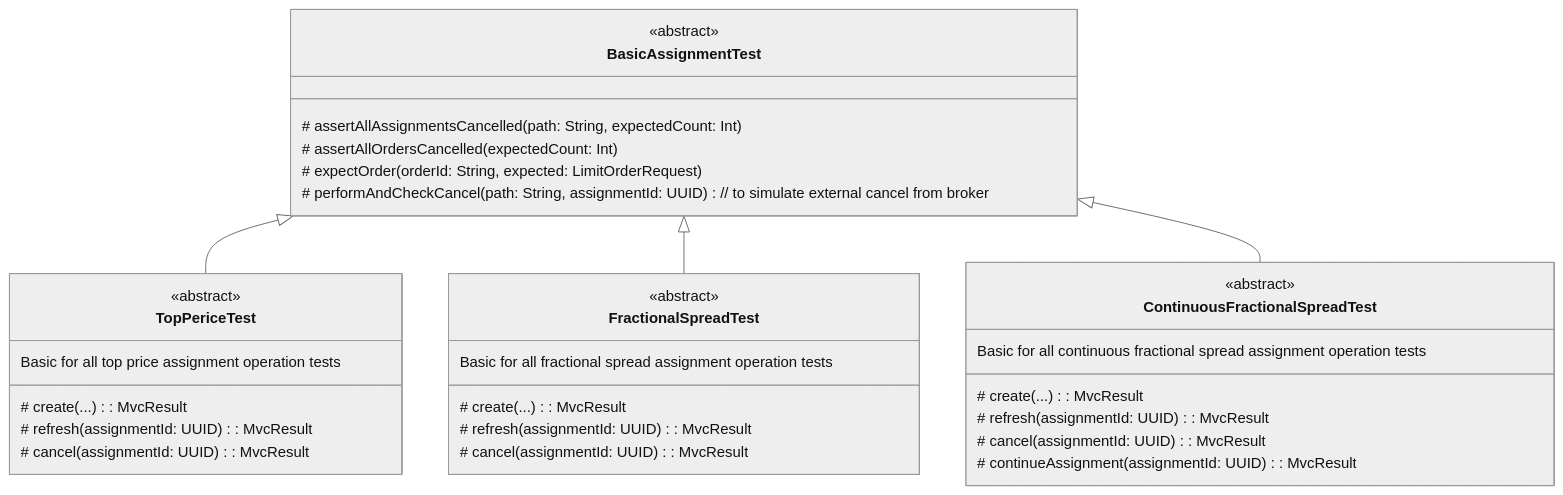
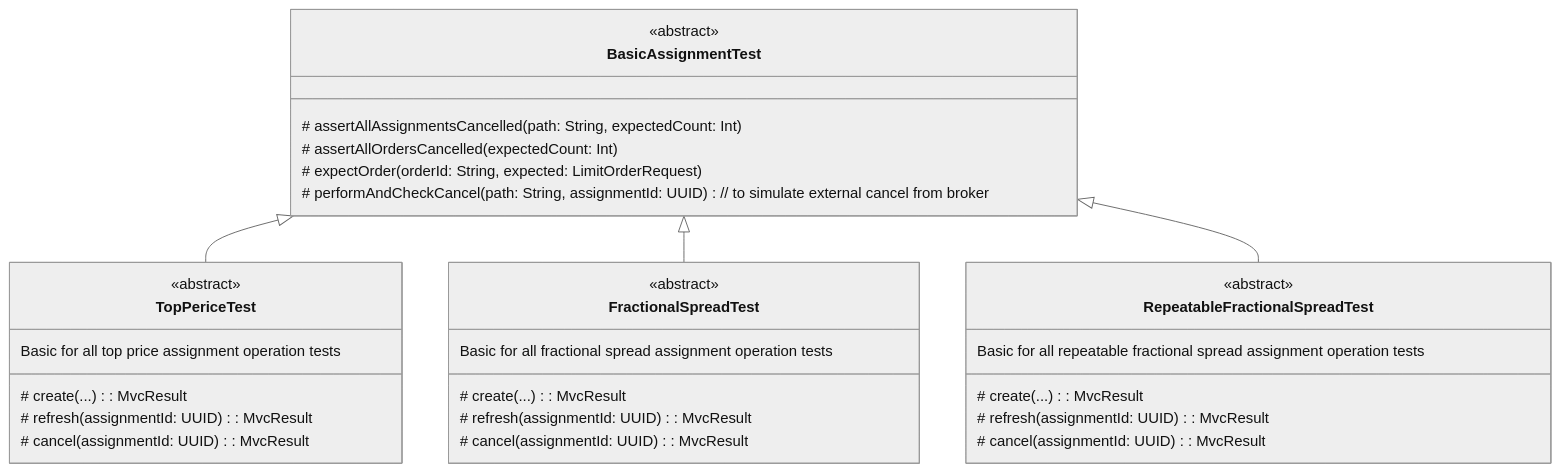
One commit to pashkovske/buratino changed the diagram in src/test/kotlin/ru/pashkovske/buratino/integration/assignment/code.md. Above: the diagram before and after it, drawn with Mermaid (neutral theme). The commit also changed other lines of this file and 113 other files, not shown here.

````diff
--- a/src/test/kotlin/ru/pashkovske/buratino/integration/assignment/code.md
+++ b/src/test/kotlin/ru/pashkovske/buratino/integration/assignment/code.md
@@ -19,36 +18,35 @@
 ```mermaid
 classDiagram
     class BasicAssignmentTest {
         <<abstract>>
         # assertAllAssignmentsCancelled(path: String, expectedCount: Int)
         # assertAllOrdersCancelled(expectedCount: Int)
         # expectOrder(orderId: String, expected: LimitOrderRequest)
         # performAndCheckCancel(path: String, assignmentId: UUID) // to simulate external cancel from broker
     }
     class TopPericeTest {
         <<abstract>>
         Basic for all top price assignment operation tests
         # create(...): MvcResult
         # refresh(assignmentId: UUID): MvcResult
         # cancel(assignmentId: UUID): MvcResult
     }
     class FractionalSpreadTest {
         <<abstract>>
         Basic for all fractional spread assignment operation tests
         # create(...): MvcResult
         # refresh(assignmentId: UUID): MvcResult
         # cancel(assignmentId: UUID): MvcResult
     }
-    class ContinuousFractionalSpreadTest {
+    class RepeatableFractionalSpreadTest {
         <<abstract>>
-        Basic for all continuous fractional spread assignment operation tests
+        Basic for all repeatable fractional spread assignment operation tests
         # create(...): MvcResult
         # refresh(assignmentId: UUID): MvcResult
         # cancel(assignmentId: UUID): MvcResult
-        # continueAssignment(assignmentId: UUID): MvcResult
     }
 
     BasicAssignmentTest <|-- TopPericeTest
     BasicAssignmentTest <|-- FractionalSpreadTest
-    BasicAssignmentTest <|-- ContinuousFractionalSpreadTest
+    BasicAssignmentTest <|-- RepeatableFractionalSpreadTest
 ```
````
